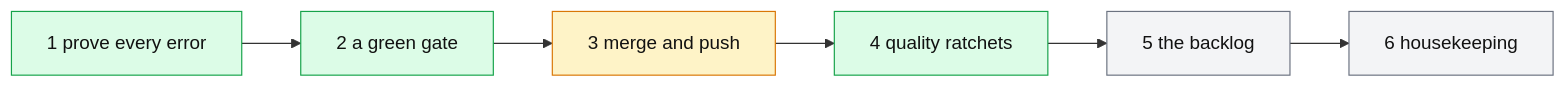
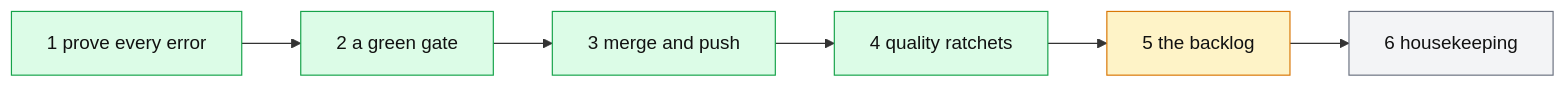
The second of 2 diagrams in next-steps.md (thomascherickal/ferrum-gpu), drawn with Mermaid before and after one commit. The commit also changed other lines of this file and 60 other files, not shown here.

````diff
--- a/next-steps.md
+++ b/next-steps.md
@@ -53,17 +53,17 @@
 ```mermaid
 flowchart LR
     p0["1 prove every error"]:::met
     p1["2 a green gate"]:::met
-    p2["3 merge and push"]:::now
+    p2["3 merge and push"]:::met
     p3["4 quality ratchets"]:::met
-    p4["5 the backlog"]:::later
+    p4["5 the backlog"]:::now
     p5["6 housekeeping"]:::later
     p0 --> p1
     p1 --> p2
     p2 --> p3
     p3 --> p4
     p4 --> p5
     classDef met fill:#dcfce7,stroke:#16a34a,color:#111
     classDef now fill:#fef3c7,stroke:#d97706,color:#111
     classDef later fill:#f3f4f6,stroke:#6b7280,color:#111
 ```
````
